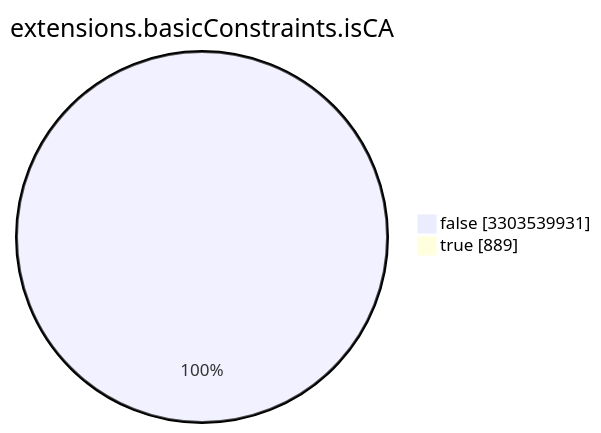
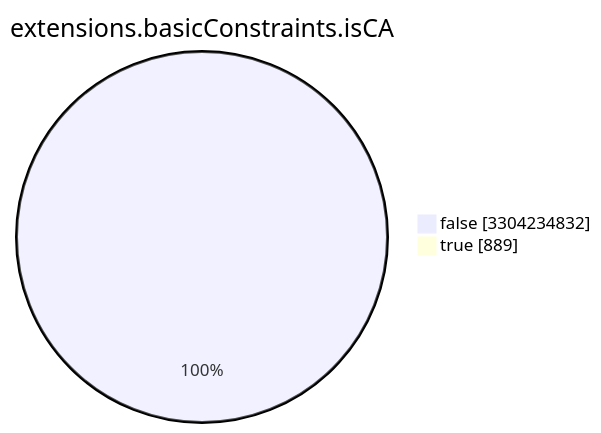
Before and after one commit to christiankrug/ctmonitor_visualization: the seventh of 15 diagrams in TOTAL/README.md, drawn with Mermaid. The commit also changed other lines of this file, not shown here.

````diff
--- a/TOTAL/README.md
+++ b/TOTAL/README.md
@@ -3089,6 +3089,6 @@
 ```mermaid
 pie showData
 title extensions.basicConstraints.isCA
-"false" :3303539931
+"false" :3304234832
 "true" :889
 ```
````
